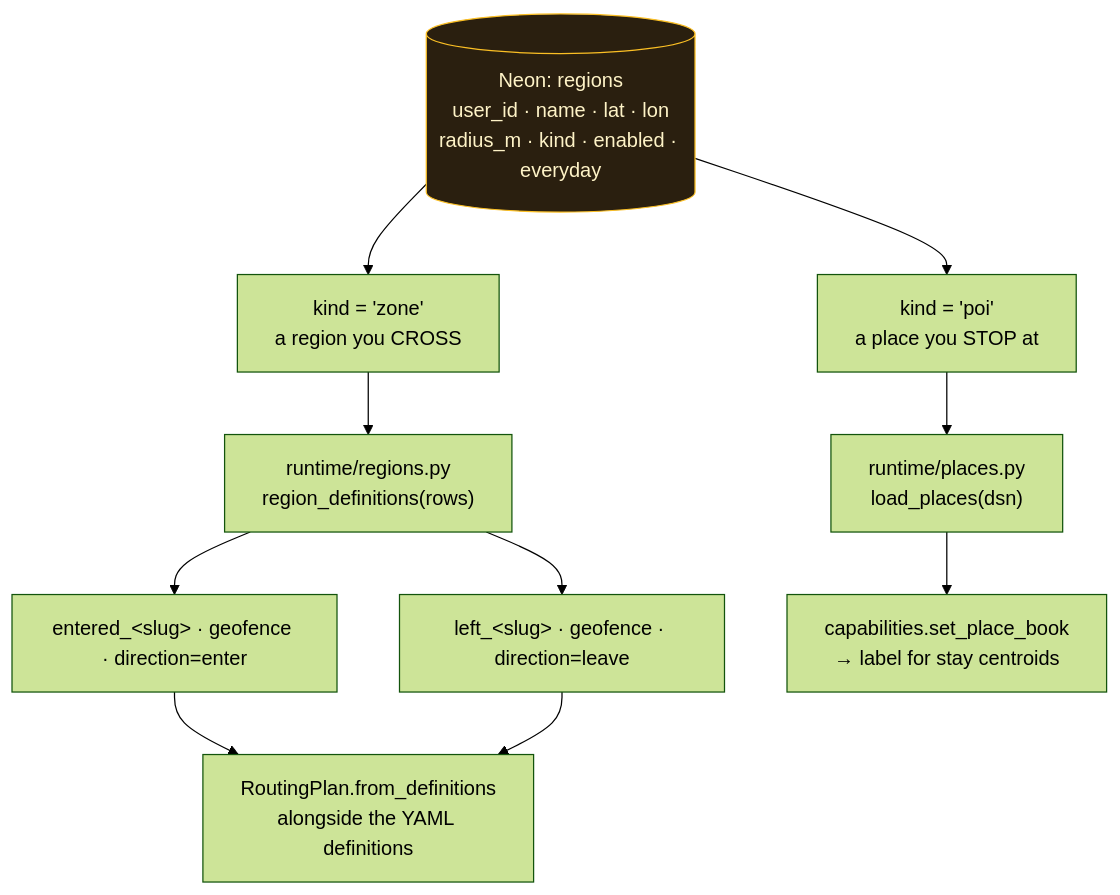
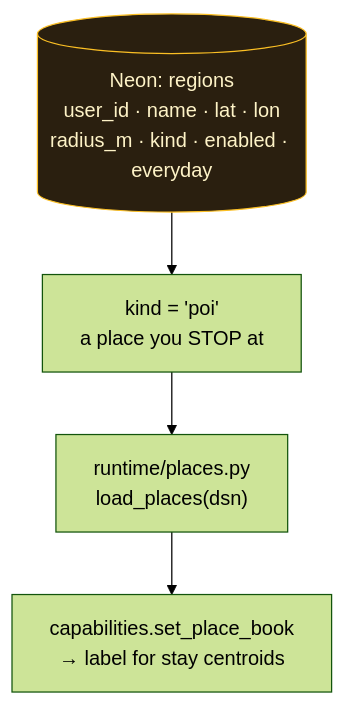
One commit to rodis/inference changed the tenth of 13 diagrams in doc/core.md. Above: the diagram before and after it, drawn with Mermaid (forest theme). The commit also changed other lines of this file and 13 other files, not shown here.

First line of the commit message:
revert(geofence): remove the engine and the zone half of the registry

````diff
--- a/doc/core.md
+++ b/doc/core.md
@@ -776,21 +771,13 @@
 ```mermaid
 flowchart TB
     tbl[("Neon: regions<br/>user_id · name · lat · lon<br/>radius_m · kind · enabled · everyday")]
 
-    z["kind = 'zone'<br/>a region you CROSS"]
     p["kind = 'poi'<br/>a place you STOP at"]
 
-    tbl --> z
     tbl --> p
-
-    z --> reg["runtime/regions.py<br/>region_definitions(rows)"]
-    reg --> d1["entered_&lt;slug&gt; · geofence · direction=enter"]
-    reg --> d2["left_&lt;slug&gt; · geofence · direction=leave"]
-    d1 --> plan["RoutingPlan.from_definitions<br/>alongside the YAML definitions"]
-    d2 --> plan
 
     p --> plc["runtime/places.py<br/>load_places(dsn)"]
     plc --> book["capabilities.set_place_book<br/>→ label for stay centroids"]
 
     style tbl fill:#2a1f0f,stroke:#fbbf24,color:#fef3c7
 ```
````
